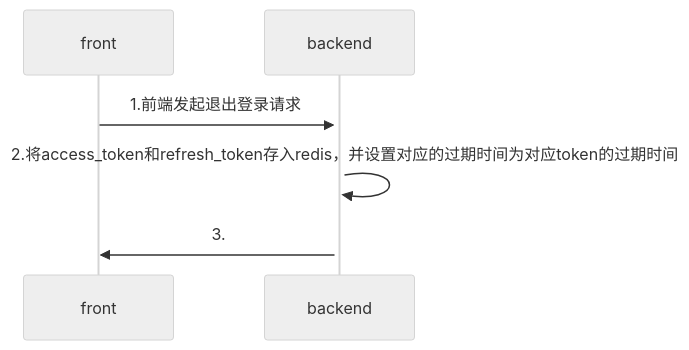
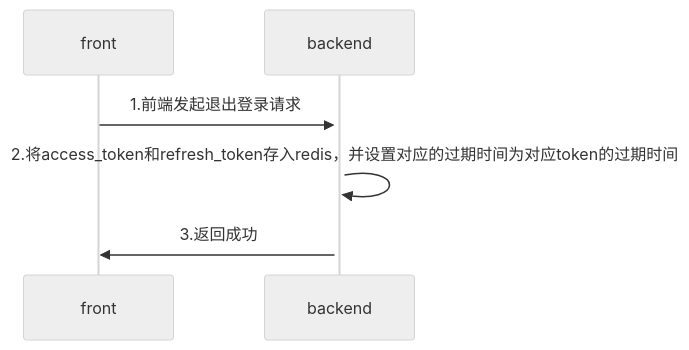
The diagram in all/未命名-4.md (yingjianzh/iodraw-files), drawn with Mermaid (neutral theme) before and after one commit.

Commit message:
2024-08-05 11:19:39 update

````diff
--- a/all/未命名-4.md
+++ b/all/未命名-4.md
@@ -1,7 +1,7 @@
 ```mermaid
 sequenceDiagram
     front->>+backend: 1.前端发起退出登录请求
     backend->>backend: 2.将access_token和refresh_token存入redis，并设置对应的过期时间为对应token的过期时间
-    backend->>front: 3.
+    backend->>front: 3.返回成功
    
 ```
````
